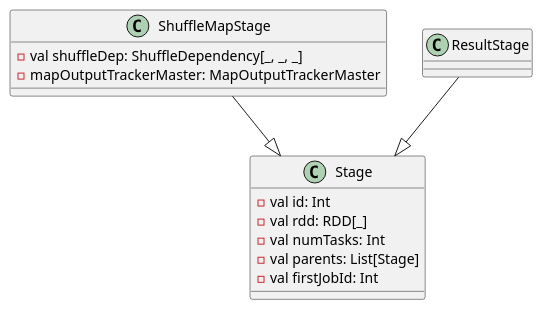
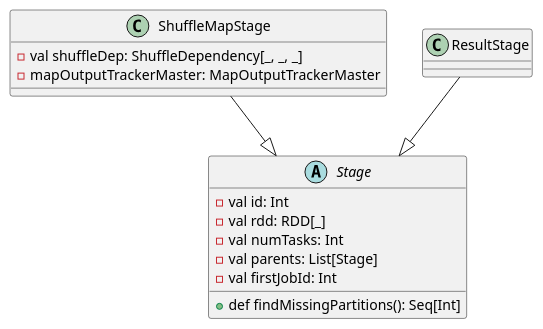
One commit to DepInjoy/geektime changed the fourth of 8 diagrams in doc/DB/00_Spark/SourceRead/01_00_Scheduler.md. Above: the diagram before and after it, drawn with PlantUML. The commit also changed other lines of this file and 1 other file, not shown here.

````diff
--- a/doc/DB/00_Spark/SourceRead/01_00_Scheduler.md
+++ b/doc/DB/00_Spark/SourceRead/01_00_Scheduler.md
@@ -343,18 +343,21 @@
 ```plantuml
 @startuml
 class ShuffleMapStage {
   - val shuffleDep: ShuffleDependency[_, _, _]
   - mapOutputTrackerMaster: MapOutputTrackerMaster
 }
 
-class Stage {
+abstract class Stage {
   - val id: Int
   - val rdd: RDD[_]
   - val numTasks: Int
   - val parents: List[Stage]
   - val firstJobId: Int
+  + def findMissingPartitions(): Seq[Int]
 }
+
+
 ResultStage -down-|> Stage
 ShuffleMapStage -down-|> Stage
 @enduml
 ```
````
